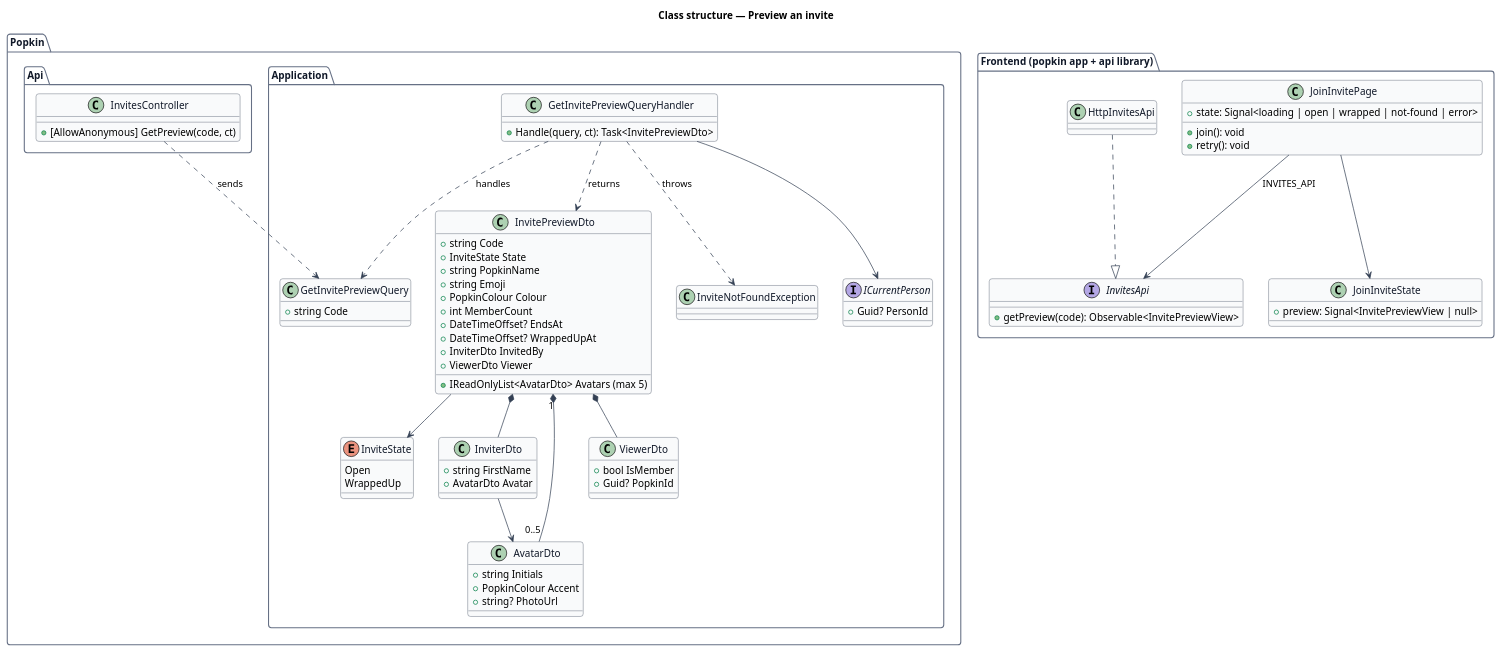
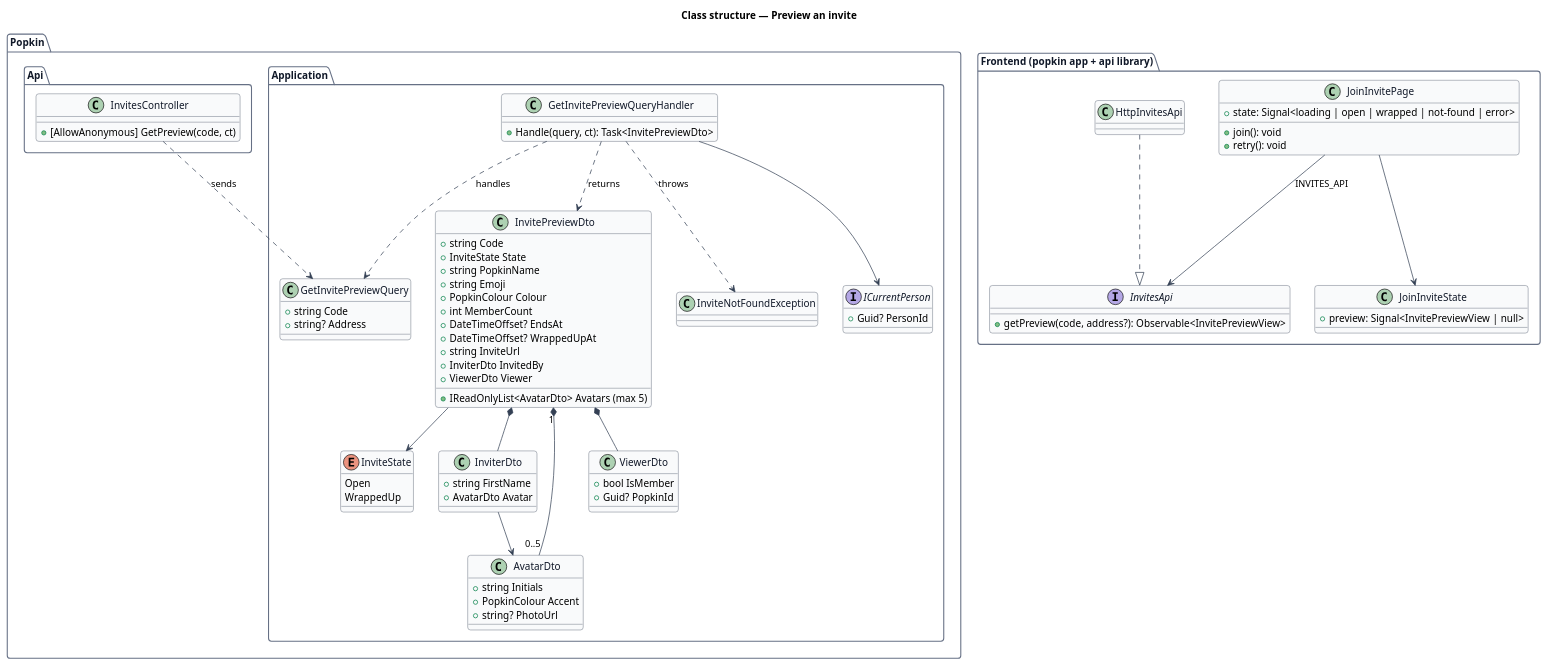
The diagram in docs/detailed-designs/invitations/preview-invite/diagrams/class-structure.puml (QuinntyneBrown/popkin), drawn with PlantUML before and after one commit. The commit also changed 71 other files, not shown here.

```diff
--- a/docs/detailed-designs/invitations/preview-invite/diagrams/class-structure.puml
+++ b/docs/detailed-designs/invitations/preview-invite/diagrams/class-structure.puml
@@ -1,95 +1,97 @@
 @startuml
 ' --- shared skin header ---
 skinparam backgroundColor #FFFFFF
 skinparam shadowing false
 skinparam roundcorner 8
 skinparam defaultFontName Arial
 skinparam ArrowColor #344054
 skinparam class {
   BorderColor #344054
   FontColor #101828
   BackgroundColor #F9FAFB
 }
 skinparam package {
   BorderColor #667085
   FontColor #101828
   BackgroundColor #FFFFFF
 }
 ' --------------------------
 title Class structure — Preview an invite
 
 package "Popkin.Application" {
   class GetInvitePreviewQuery {
     +string Code
+    +string? Address
   }
   class GetInvitePreviewQueryHandler {
     +Handle(query, ct): Task<InvitePreviewDto>
   }
   enum InviteState {
     Open
     WrappedUp
   }
   class InvitePreviewDto {
     +string Code
     +InviteState State
     +string PopkinName
     +string Emoji
     +PopkinColour Colour
     +int MemberCount
     +DateTimeOffset? EndsAt
     +DateTimeOffset? WrappedUpAt
+    +string InviteUrl
     +IReadOnlyList<AvatarDto> Avatars (max 5)
     +InviterDto InvitedBy
     +ViewerDto Viewer
   }
   class InviterDto {
     +string FirstName
     +AvatarDto Avatar
   }
   class AvatarDto {
     +string Initials
     +PopkinColour Accent
     +string? PhotoUrl
   }
   class ViewerDto {
     +bool IsMember
     +Guid? PopkinId
   }
   class InviteNotFoundException
   interface ICurrentPerson {
     +Guid? PersonId
   }
 }
 package "Popkin.Api" {
   class InvitesController {
     +[AllowAnonymous] GetPreview(code, ct)
   }
 }
 package "Frontend (popkin app + api library)" {
   class JoinInvitePage {
     +state: Signal<loading | open | wrapped | not-found | error>
     +join(): void
     +retry(): void
   }
   class JoinInviteState {
     +preview: Signal<InvitePreviewView | null>
   }
   interface InvitesApi {
-    +getPreview(code): Observable<InvitePreviewView>
+    +getPreview(code, address?): Observable<InvitePreviewView>
   }
   class HttpInvitesApi
 }
 InvitesController ..> GetInvitePreviewQuery : sends
 GetInvitePreviewQueryHandler ..> GetInvitePreviewQuery : handles
 GetInvitePreviewQueryHandler --> ICurrentPerson
 GetInvitePreviewQueryHandler ..> InvitePreviewDto : returns
 GetInvitePreviewQueryHandler ..> InviteNotFoundException : throws
 InvitePreviewDto --> InviteState
 InvitePreviewDto *-- InviterDto
 InvitePreviewDto "1" *-- "0..5" AvatarDto
 InvitePreviewDto *-- ViewerDto
 InviterDto --> AvatarDto
 HttpInvitesApi ..|> InvitesApi
 JoinInvitePage --> InvitesApi : INVITES_API
 JoinInvitePage --> JoinInviteState
 @enduml
```
